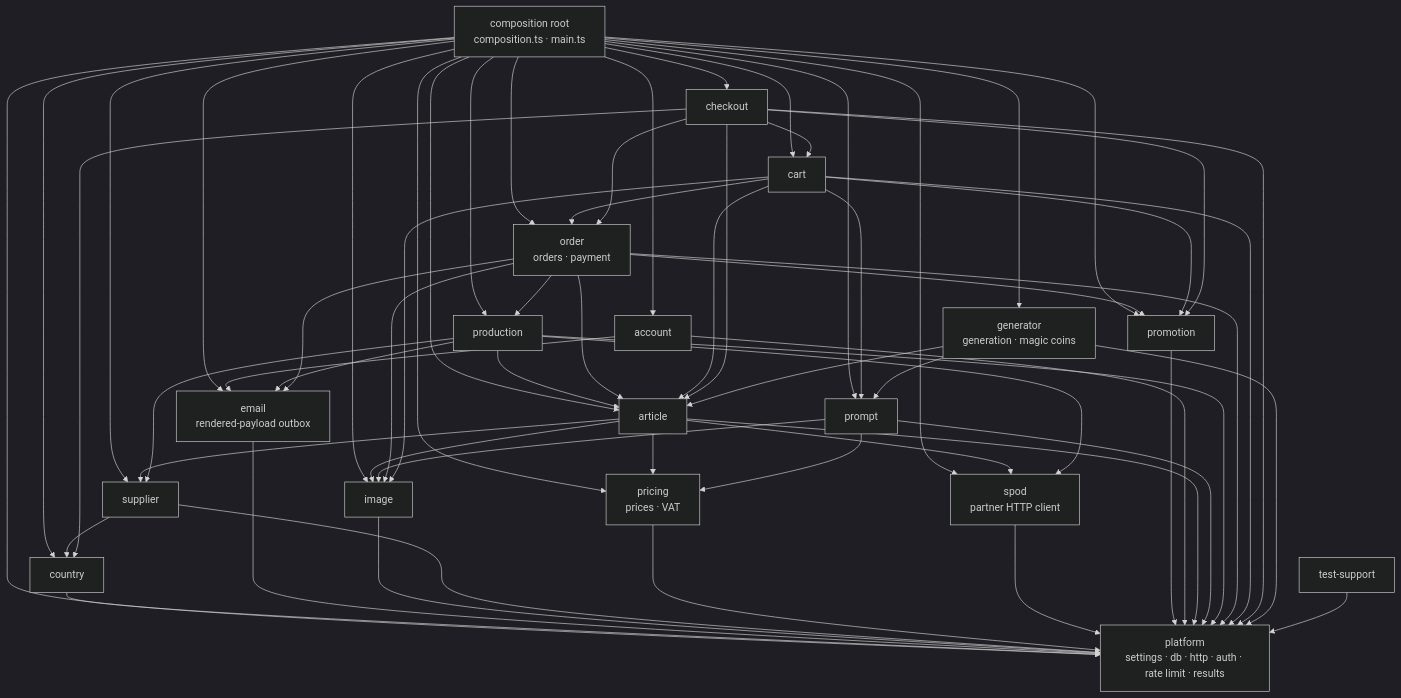
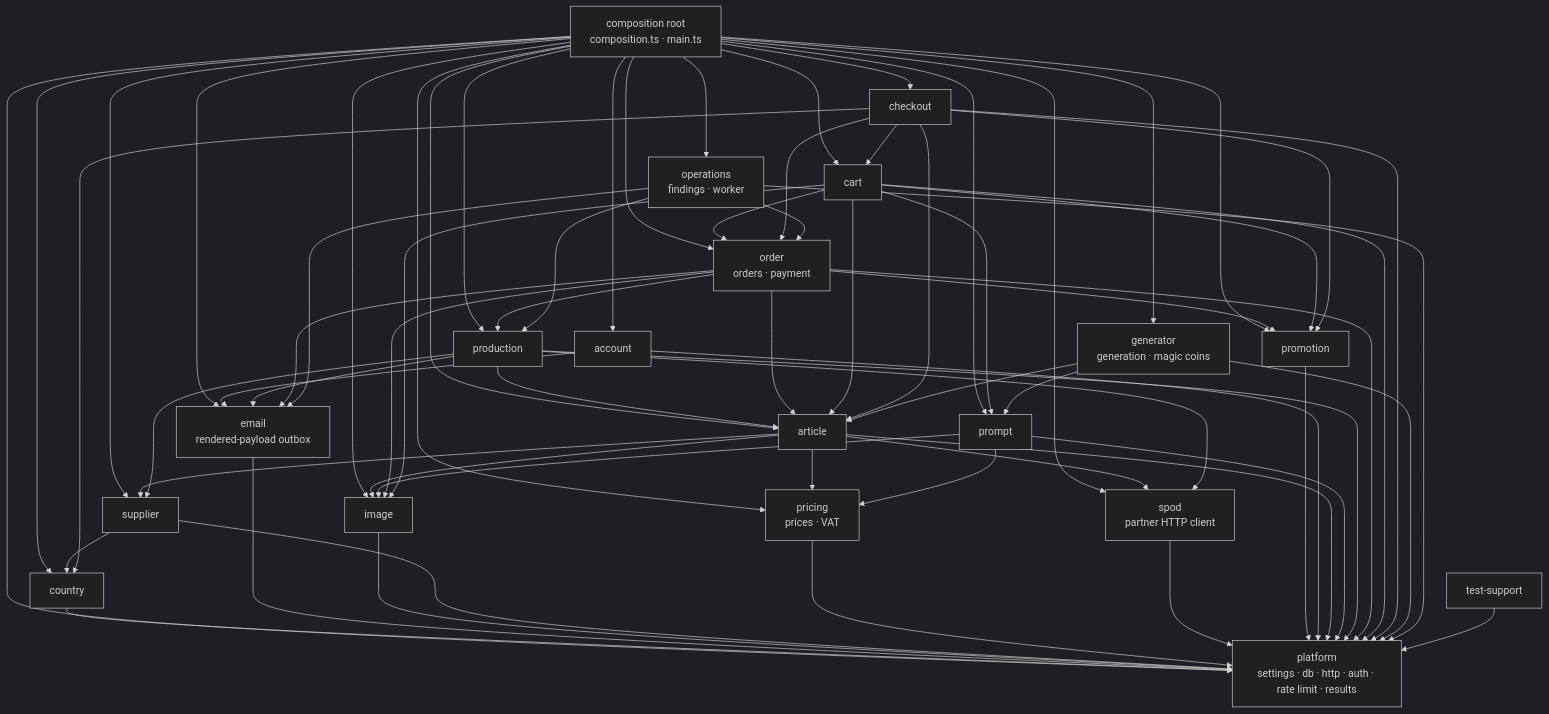
The diagram in docs/dev/backend-ts/conventions/module-architecture.md (bitstorm-tech/voenix-shop-kotlin), drawn with Mermaid (dark theme) before and after one commit. The commit also changed other lines of this file and 48 other files, not shown here.

Commit message:
Record stalled orders as operations findings and list them to admins (#282 T1)

````diff
--- a/docs/dev/backend-ts/conventions/module-architecture.md
+++ b/docs/dev/backend-ts/conventions/module-architecture.md
@@ -40,69 +40,74 @@
 ```mermaid
 flowchart TD
     Root["composition root<br/>composition.ts · main.ts"]
     Platform["platform<br/>settings · db · http · auth · rate limit · results"]
     Country["country"]
     Email["email<br/>rendered-payload outbox"]
     Image["image"]
     Supplier["supplier"]
     Pricing["pricing<br/>prices · VAT"]
     Spod["spod<br/>partner HTTP client"]
     Promotion["promotion"]
     Account["account"]
     Article["article"]
     Prompt["prompt"]
     Production["production"]
     Order["order<br/>orders · payment"]
     Cart["cart"]
     Checkout["checkout"]
     Generator["generator<br/>generation · magic coins"]
+    Operations["operations<br/>findings · worker"]
     TestSupport["test-support"]
 
     Root --> Platform
-    Root --> Country & Email & Image & Supplier & Pricing & Spod & Promotion & Account & Article & Prompt & Production & Order & Cart & Checkout & Generator
+    Root --> Country & Email & Image & Supplier & Pricing & Spod & Promotion & Account & Article & Prompt & Production & Order & Cart & Checkout & Generator & Operations
     Country --> Platform
     Email --> Platform
     Image --> Platform
     Supplier --> Platform
     Supplier --> Country
     Pricing --> Platform
     Spod --> Platform
     Promotion --> Platform
     Account --> Platform
     Account --> Email
     Article --> Platform
     Article --> Image
     Article --> Pricing
     Article --> Supplier
     Article --> Spod
     Prompt --> Platform
     Prompt --> Image
     Prompt --> Pricing
     Production --> Platform
     Production --> Email
     Production --> Supplier
     Production --> Article
     Production --> Spod
     Order --> Platform
     Order --> Image
     Order --> Article
     Order --> Promotion
     Order --> Production
     Order --> Email
     Cart --> Platform
     Cart --> Image
     Cart --> Article
     Cart --> Prompt
     Cart --> Promotion
     Cart --> Order
     Checkout --> Platform
     Checkout --> Cart
     Checkout --> Promotion
     Checkout --> Order
     Checkout --> Country
     Checkout --> Article
     Generator --> Platform
     Generator --> Article
     Generator --> Prompt
+    Operations --> Platform
+    Operations --> Order
+    Operations --> Production
+    Operations --> Email
     TestSupport --> Platform
 ```
````
